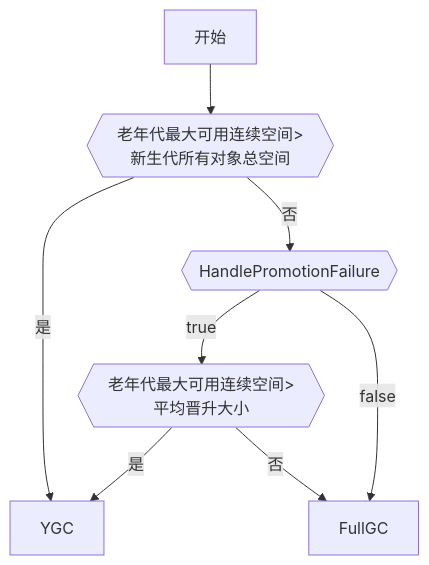
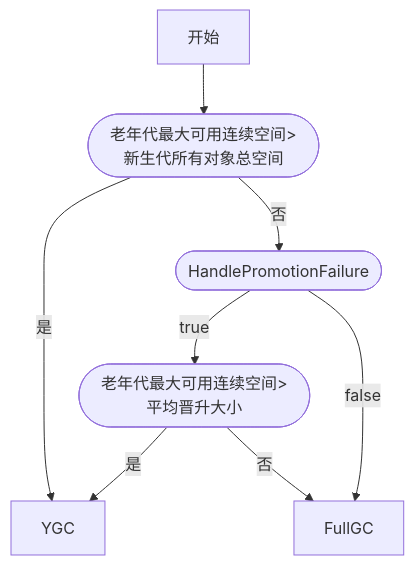
The diagram in docs/Java/JVM.md (duskbat/duskbat.github.io), drawn with Mermaid before and after one commit.

Commit message:
mermaid format

````diff
--- a/docs/Java/JVM.md
+++ b/docs/Java/JVM.md
@@ -157,13 +157,13 @@
 ```mermaid
-graph TB
-判断1{{老年代最大可用连续空间>新生代所有对象总空间}}
-判断2{{HandlePromotionFailure}}
-判断3{{老年代最大可用连续空间>平均晋升大小}}
+flowchart TD
+判断1([老年代最大可用连续空间>新生代所有对象总空间])
+判断2([HandlePromotionFailure])
+判断3([老年代最大可用连续空间>平均晋升大小])
 开始-->判断1
 判断1--是-->YGC
 判断1--否-->判断2
 判断2--true-->判断3
 判断3--否-->FullGC
 判断3--是-->YGC
 判断2--false-->FullGC
 ```
````
